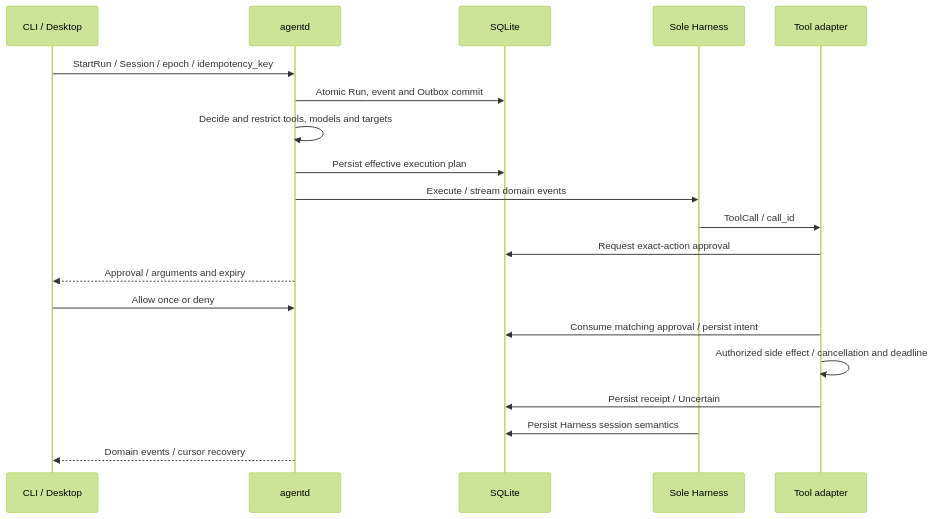
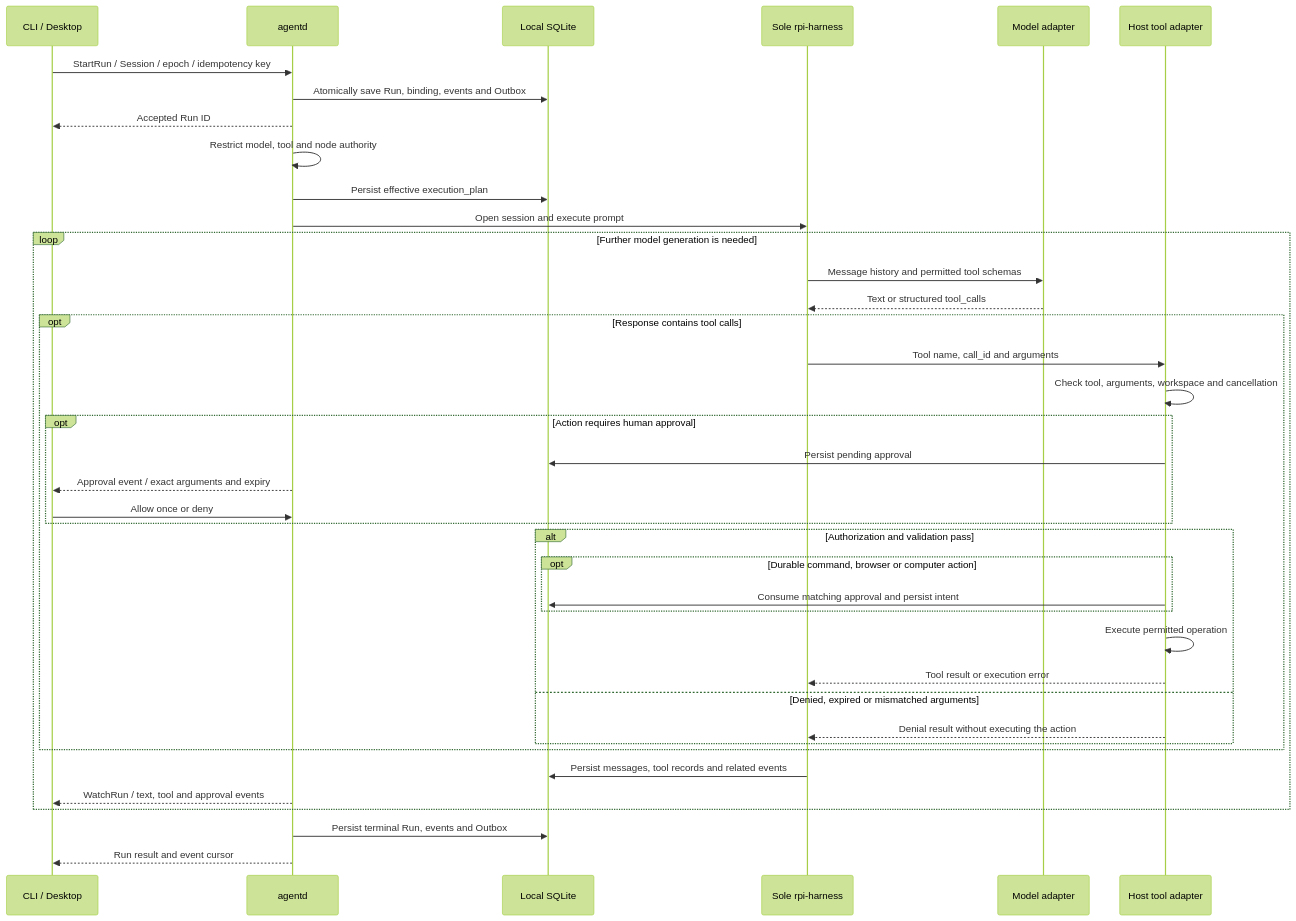
Before and after one commit to lyonbrown4d/lyonbrown: the second of 4 diagrams in docs/en/src/architecture.md, drawn with Mermaid (forest theme). The commit also changed other lines of this file and 9 other files, not shown here.

Commit message:
add graph

````diff
--- a/docs/en/src/architecture.md
+++ b/docs/en/src/architecture.md
@@ -95,22 +97,41 @@
 ```mermaid
 sequenceDiagram
     participant C as CLI / Desktop
     participant D as agentd
-    participant S as SQLite
-    participant H as Sole Harness
-    participant T as Tool adapter
-    C->>D: StartRun / Session / epoch / idempotency_key
-    D->>S: Atomic Run, event and Outbox commit
-    D->>D: Decide and restrict tools, models and targets
-    D->>S: Persist effective execution plan
-    D->>H: Execute / stream domain events
-    H->>T: ToolCall / call_id
-    T->>S: Request exact-action approval
-    D-->>C: Approval / arguments and expiry
-    C->>D: Allow once or deny
-    T->>S: Consume matching approval / persist intent
-    T->>T: Authorized side effect / cancellation and deadline
-    T->>S: Persist receipt / Uncertain
-    H->>S: Persist Harness session semantics
-    D-->>C: Domain events / cursor recovery
+    participant S as Local SQLite
+    participant H as Sole rpi-harness
+    participant P as Model adapter
+    participant T as Host tool adapter
+    C->>D: StartRun / Session / epoch / idempotency key
+    D->>S: Atomically save Run, binding, events and Outbox
+    D-->>C: Accepted Run ID
+    D->>D: Restrict model, tool and node authority
+    D->>S: Persist effective execution_plan
+    D->>H: Open session and execute prompt
+    loop Further model generation is needed
+        H->>P: Message history and permitted tool schemas
+        P-->>H: Text or structured tool_calls
+        opt Response contains tool calls
+            H->>T: Tool name, call_id and arguments
+            T->>T: Check tool, arguments, workspace and cancellation
+            opt Action requires human approval
+                T->>S: Persist pending approval
+                D-->>C: Approval event / exact arguments and expiry
+                C->>D: Allow once or deny
+            end
+            alt Authorization and validation pass
+                opt Durable command, browser or computer action
+                    T->>S: Consume matching approval and persist intent
+                end
+                T->>T: Execute permitted operation
+                T-->>H: Tool result or execution error
+            else Denied, expired or mismatched arguments
+                T-->>H: Denial result without executing the action
+            end
+        end
+        H->>S: Persist messages, tool records and related events
+        D-->>C: WatchRun / text, tool and approval events
+    end
+    D->>S: Persist terminal Run, events and Outbox
+    D-->>C: Run result and event cursor
 ```
````
